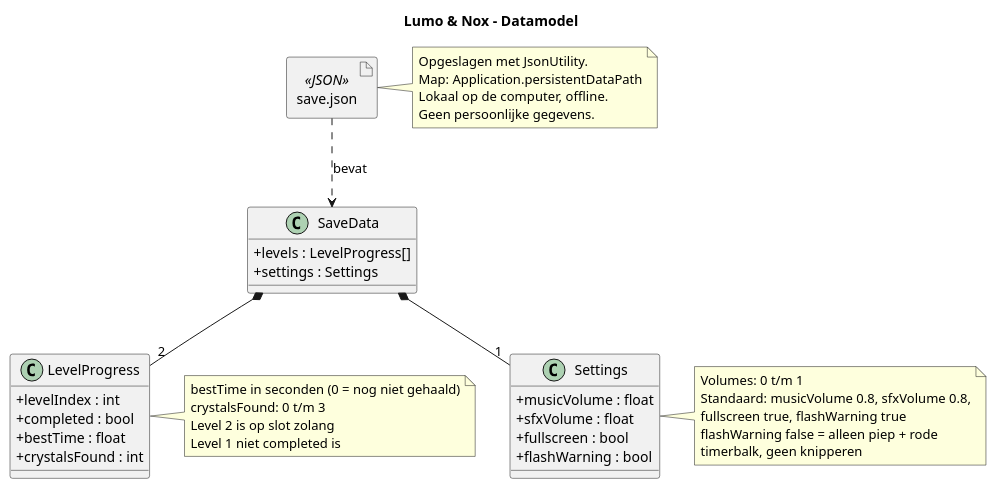
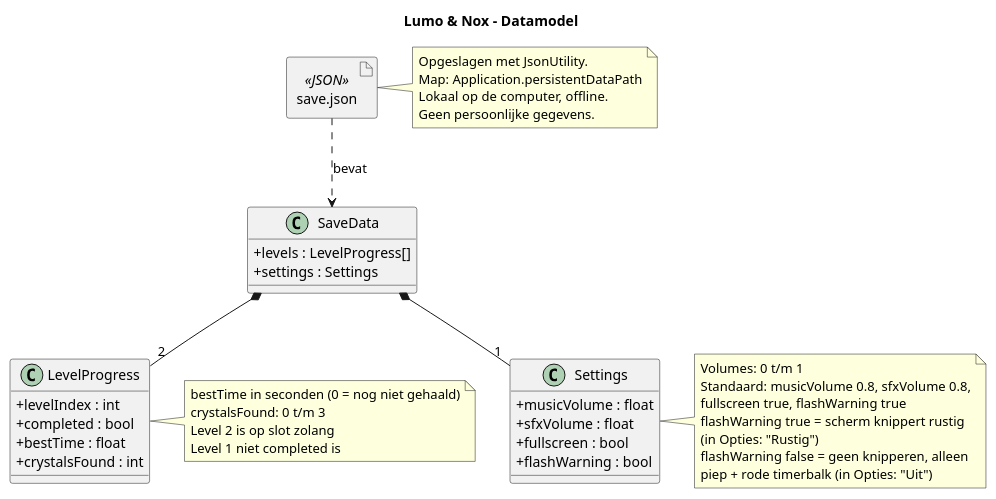
The diagram in docs/diagrams/data-model.puml (ahmad-sy1/lumo-and-nox), drawn with PlantUML before and after one commit. The commit also changed 4 other files, not shown here.

Commit message:
Add settings to data model and class diagram

```diff
--- a/docs/diagrams/data-model.puml
+++ b/docs/diagrams/data-model.puml
@@ -1,53 +1,55 @@
 @startuml data-model
 title Lumo & Nox - Datamodel
 allowmixing
 skinparam classAttributeIconSize 0
 
 artifact "save.json" as saveFile <<JSON>> {
 }
 
 note right of saveFile
   Opgeslagen met JsonUtility.
   Map: Application.persistentDataPath
   Lokaal op de computer, offline.
   Geen persoonlijke gegevens.
 end note
 
 class SaveData {
   + levels : LevelProgress[]
   + settings : Settings
 }
 
 class LevelProgress {
   + levelIndex : int
   + completed : bool
   + bestTime : float
   + crystalsFound : int
 }
 
 note right of LevelProgress
   bestTime in seconden (0 = nog niet gehaald)
   crystalsFound: 0 t/m 3
   Level 2 is op slot zolang
   Level 1 niet completed is
 end note
 
 class Settings {
   + musicVolume : float
   + sfxVolume : float
   + fullscreen : bool
   + flashWarning : bool
 }
 
 note right of Settings
   Volumes: 0 t/m 1
   Standaard: musicVolume 0.8, sfxVolume 0.8,
   fullscreen true, flashWarning true
-  flashWarning false = alleen piep + rode
-  timerbalk, geen knipperen
+  flashWarning true = scherm knippert rustig
+  (in Opties: "Rustig")
+  flashWarning false = geen knipperen, alleen
+  piep + rode timerbalk (in Opties: "Uit")
 end note
 
 saveFile ..> SaveData : bevat
 SaveData *-- "2" LevelProgress
 SaveData *-- "1" Settings
 @enduml
```
